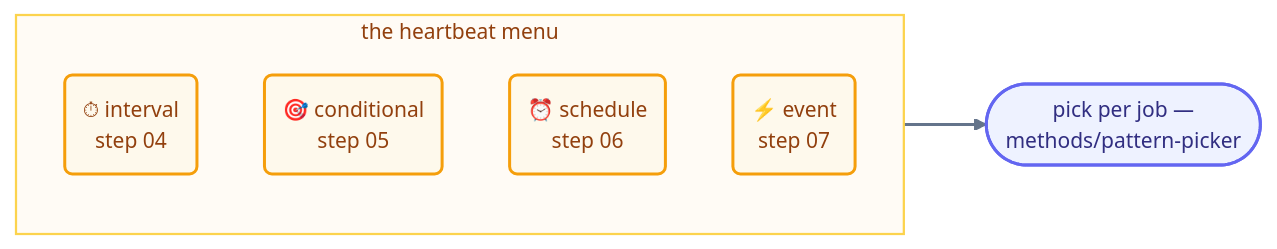
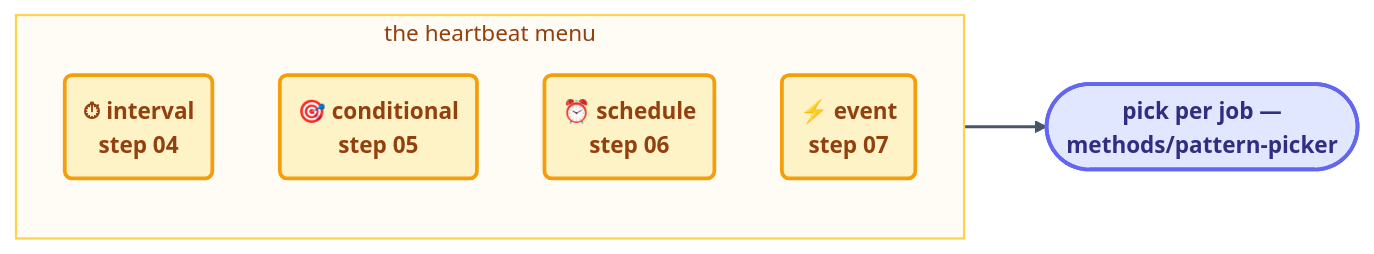
The diagram in docs/04-part-2-heartbeat/README.md (ayeshakhalid192007-dev/LoopEngineering-CrashCourse), drawn with Mermaid before and after one commit. The commit also changed 66 other files, not shown here.

First line of the commit message:
docs(diagrams): visibly bolder pass — deeper fills, heavier strokes, semibold labels

````diff
--- a/docs/04-part-2-heartbeat/README.md
+++ b/docs/04-part-2-heartbeat/README.md
@@ -18,16 +18,16 @@
 ```mermaid
-%%{init: {'theme':'base','themeVariables':{'fontFamily':'ui-sans-serif, system-ui, sans-serif','fontSize':'14px','lineColor':'#64748b','edgeLabelBackground':'#f8fafc'},'flowchart':{'curve':'basis','nodeSpacing':45,'rankSpacing':55,'padding':12}}}%%
+%%{init: {'theme':'base','themeVariables':{'fontFamily':'ui-sans-serif, system-ui, sans-serif','fontSize':'15px','lineColor':'#475569','edgeLabelBackground':'#f8fafc'},'flowchart':{'curve':'basis','nodeSpacing':45,'rankSpacing':55,'padding':12}}}%%
 flowchart LR
     subgraph MENU ["the heartbeat menu"]
       direction TB
       I("⏱ interval<br/>step 04"):::hb
       C("🎯 conditional<br/>step 05"):::hb
       S("⏰ schedule<br/>step 06"):::hb
       E("⚡ event<br/>step 07"):::hb
     end
     MENU --> PICK(["pick per job —<br/>methods/pattern-picker"]):::next
-    linkStyle default stroke:#64748b,stroke-width:2px;
-    classDef hb fill:#fef9ec,stroke:#f59e0b,stroke-width:2px,color:#92400e;
-    classDef next fill:#eef2ff,stroke:#6366f1,stroke-width:2px,color:#312e81;
+    linkStyle default stroke:#475569,stroke-width:2px;
+    classDef hb fill:#fef3c7,stroke:#f59e0b,stroke-width:2.5px,color:#92400e,font-weight:600;
+    classDef next fill:#e0e7ff,stroke:#6366f1,stroke-width:2.5px,color:#312e81,font-weight:600;
     style MENU fill:#fffbf5,stroke:#fcd34d,stroke-width:1.5px,color:#92400e;
 ```
````
